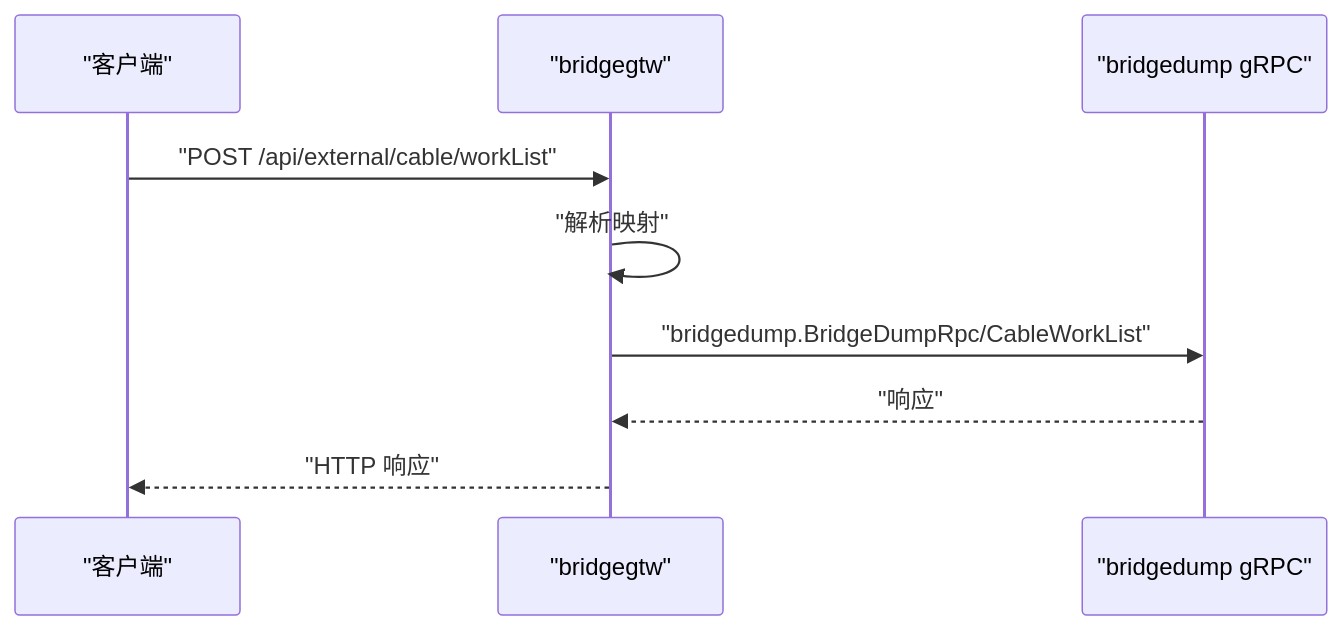
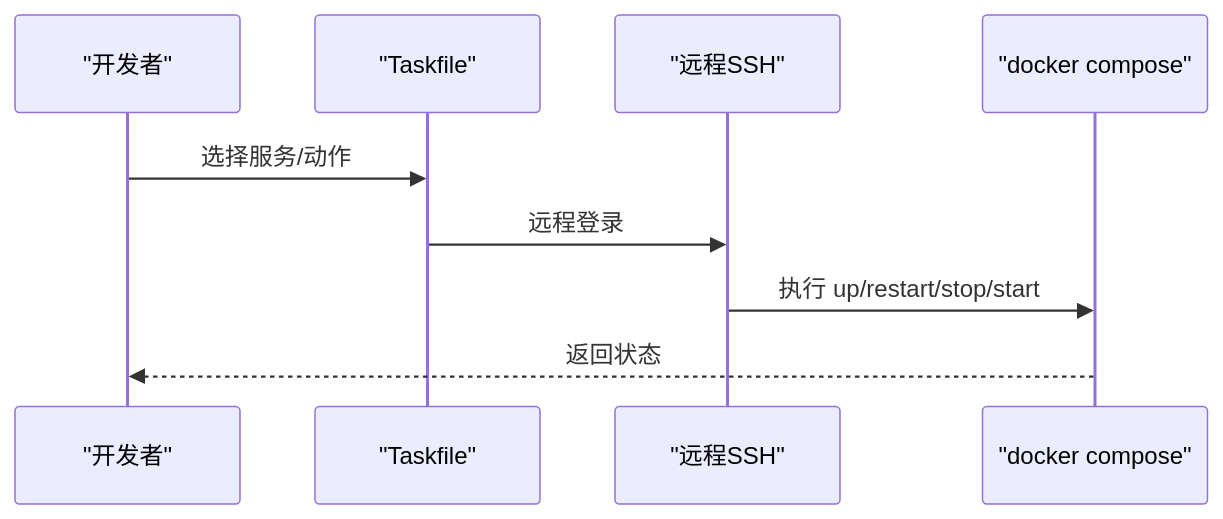
One commit to maomao94/zero-service changed the fifth of 6 diagrams in .qoder/repowiki/zh/content/部署与运维/部署与运维.md. Above: the diagram before and after it, drawn with Mermaid. The commit also changed other lines of this file and 362 other files, not shown here.

````diff
--- a/.qoder/repowiki/zh/content/部署与运维/部署与运维.md
+++ b/.qoder/repowiki/zh/content/部署与运维/部署与运维.md
@@ -178,11 +282,11 @@
 ```mermaid
 sequenceDiagram
-participant C as "客户端"
-participant G as "bridgegtw"
-participant S as "bridgedump gRPC"
-C->>G : "POST /api/external/cable/workList"
-G->>G : "解析映射"
-G->>S : "bridgedump.BridgeDumpRpc/CableWorkList"
-S-->>G : "响应"
-G-->>C : "HTTP 响应"
+participant Dev as "开发者"
+participant TF as "Taskfile"
+participant SSH as "远程SSH"
+participant DC as "docker compose"
+Dev->>TF : 选择服务/动作
+TF->>SSH : 远程登录
+SSH->>DC : 执行 up/restart/stop/start
+DC-->>Dev : 返回状态
 ```
````
